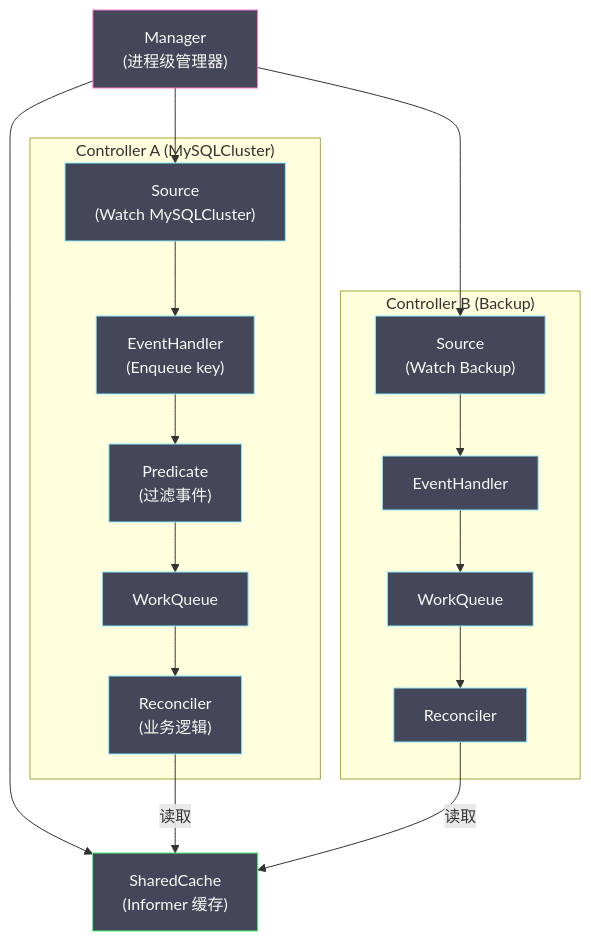
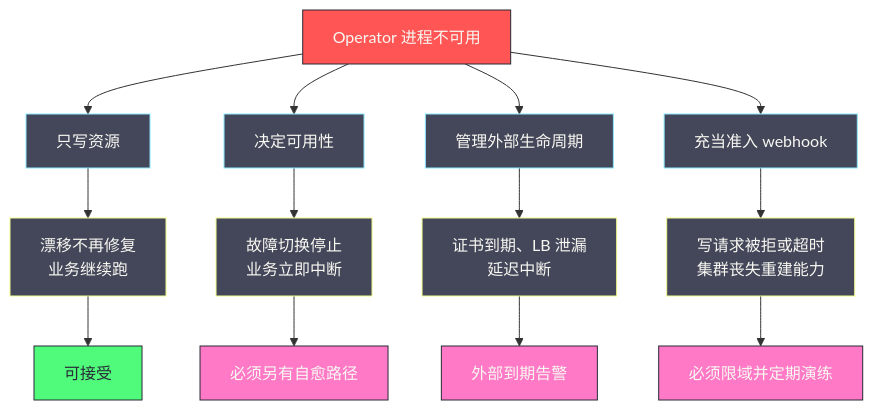
The fifth of 6 diagrams in content/云原生/Kubernetes/kubernetes控制器和调度器/06 Operator 模式与自定义控制器.md (hpliStartAgain/my-brain), drawn with Mermaid before and after one commit. The commit also changed other lines of this file and 259 other files, not shown here.

````diff
--- a/content/云原生/Kubernetes/kubernetes控制器和调度器/06 Operator 模式与自定义控制器.md
+++ b/content/云原生/Kubernetes/kubernetes控制器和调度器/06 Operator 模式与自定义控制器.md
@@ -197,43 +438,27 @@
 ```mermaid
 %%{init: {'theme': 'dracula'}}%%
 graph TD
-    MGR["Manager</br>(进程级管理器)"]
-    
-    subgraph "Controller A (MySQLCluster)"
-        SRC_A["Source</br>(Watch MySQLCluster)"]
-        EH_A["EventHandler</br>(Enqueue key)"]
-        PRED_A["Predicate</br>(过滤事件)"]
-        WQ_A["WorkQueue"]
-        REC_A["Reconciler</br>(业务逻辑)"]
-    end
+    DOWN["Operator 进程不可用"] --> A["只写资源"]
+    DOWN --> B["决定可用性"]
+    DOWN --> C["管理外部生命周期"]
+    DOWN --> D["充当准入 webhook"]
+    A --> A1["漂移不再修复<br/>业务继续跑"]
+    B --> B1["故障切换停止<br/>业务立即中断"]
+    C --> C1["证书到期、LB 泄漏<br/>延迟中断"]
+    D --> D1["写请求被拒或超时<br/>集群丧失重建能力"]
+    A1 --> OK["可接受"]
+    B1 --> BAD["必须另有自愈路径"]
+    C1 --> WARN["外部到期告警"]
+    D1 --> BAD2["必须限域并定期演练"]
 
-    subgraph "Controller B (Backup)"
-        SRC_B["Source</br>(Watch Backup)"]
-        EH_B["EventHandler"]
-        WQ_B["WorkQueue"]
-        REC_B["Reconciler"]
-    end
-
-    MGR --> SRC_A
-    MGR --> SRC_B
-    SRC_A --> EH_A
-    EH_A --> PRED_A
-    PRED_A --> WQ_A
-    WQ_A --> REC_A
-    SRC_B --> EH_B
-    EH_B --> WQ_B
-    WQ_B --> REC_B
-
-    CACHE["SharedCache</br>(Informer 缓存)"]
-    MGR --> CACHE
-    REC_A -->|"读取"| CACHE
-    REC_B -->|"读取"| CACHE
-
-    classDef mgr fill:#44475a,stroke:#ff79c6,color:#f8f8f2
-    classDef ctrl fill:#44475a,stroke:#8be9fd,color:#f8f8f2
-    classDef cache fill:#44475a,stroke:#50fa7b,color:#f8f8f2
-
-    class MGR mgr
-    class SRC_A,EH_A,PRED_A,WQ_A,REC_A,SRC_B,EH_B,WQ_B,REC_B ctrl
-    class CACHE cache
+    classDef down fill:#ff5555,stroke:#282a36,color:#f8f8f2
+    classDef role fill:#44475a,stroke:#8be9fd,color:#f8f8f2
+    classDef res fill:#44475a,stroke:#f1fa8c,color:#f8f8f2
+    classDef good fill:#50fa7b,stroke:#282a36,color:#282a36
+    classDef bad fill:#ff79c6,stroke:#282a36,color:#f8f8f2
+    class DOWN down
+    class A,B,C,D role
+    class A1,B1,C1,D1 res
+    class OK good
+    class BAD,WARN,BAD2 bad
 ```
````
